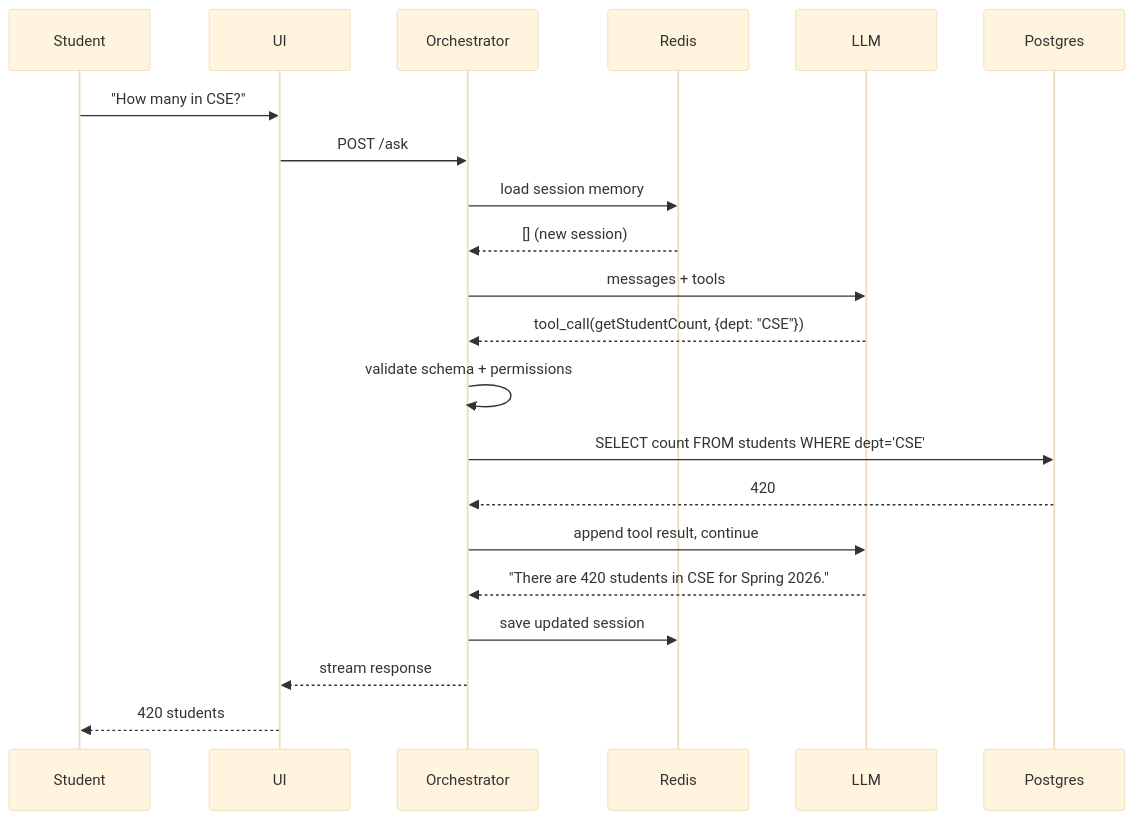
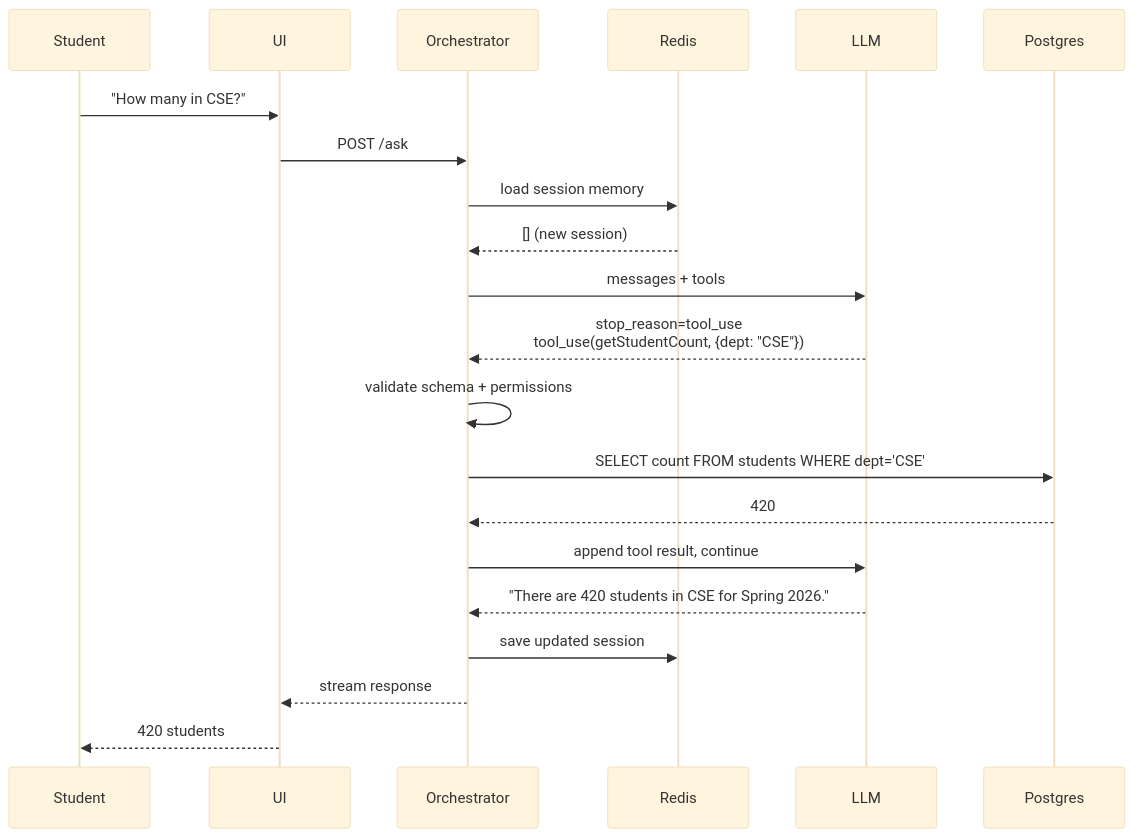
One commit to rahulladumor/ai-agents-workshop changed the second of 2 diagrams in docs/03-architecture.md. Above: the diagram before and after it, drawn with Mermaid (base theme). The commit also changed other lines of this file and 7 other files, not shown here.

````diff
--- a/docs/03-architecture.md
+++ b/docs/03-architecture.md
@@ -81,24 +81,24 @@
 ```mermaid
 sequenceDiagram
     participant User as Student
     participant UI
     participant Orc as Orchestrator
     participant Redis
     participant LLM
     participant DB as Postgres
 
     User->>UI: "How many in CSE?"
     UI->>Orc: POST /ask
     Orc->>Redis: load session memory
     Redis-->>Orc: []  (new session)
     Orc->>LLM: messages + tools
-    LLM-->>Orc: tool_call(getStudentCount, {dept: "CSE"})
+    LLM-->>Orc: stop_reason=tool_use<br/>tool_use(getStudentCount, {dept: "CSE"})
     Orc->>Orc: validate schema + permissions
     Orc->>DB: SELECT count FROM students WHERE dept='CSE'
     DB-->>Orc: 420
     Orc->>LLM: append tool result, continue
     LLM-->>Orc: "There are 420 students in CSE for Spring 2026."
     Orc->>Redis: save updated session
     Orc-->>UI: stream response
     UI-->>User: 420 students
 ```
````
